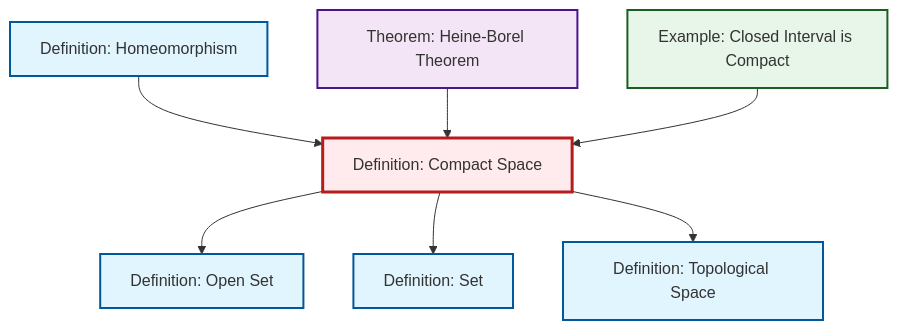
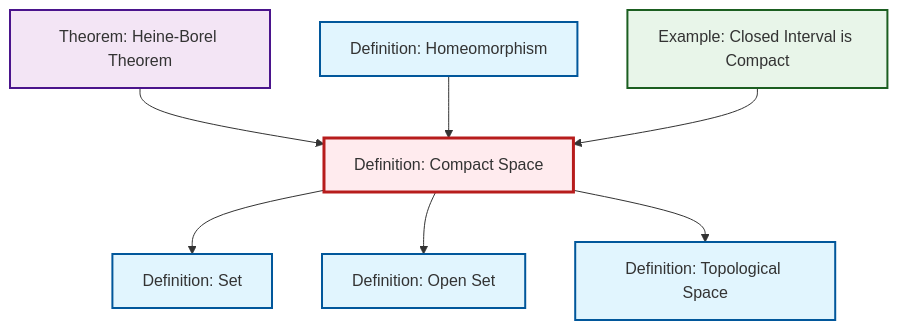
The diagram in content/ja/topology/def-compact.qmd (RK0429/ModernMath), drawn with Mermaid before and after one commit. The commit also changed other lines of this file and 554 other files, not shown here.

````diff
--- a/content/ja/topology/def-compact.qmd
+++ b/content/ja/topology/def-compact.qmd
@@ -49,29 +49,29 @@
 ```{mermaid}
 %%| fig-cap: "Local dependency graph"
 graph TD
     classDef definition fill:#e1f5fe,stroke:#01579b,stroke-width:2px
     classDef theorem fill:#f3e5f5,stroke:#4a148c,stroke-width:2px
     classDef axiom fill:#fff3e0,stroke:#e65100,stroke-width:2px
     classDef example fill:#e8f5e9,stroke:#1b5e20,stroke-width:2px
     classDef current fill:#ffebee,stroke:#b71c1c,stroke-width:3px
+    thm-heine-borel["Theorem: Heine-Borel Theorem"]:::theorem
+    def-compact["Definition: Compact Space"]:::definition
+    def-open-set["Definition: Open Set"]:::definition
+    def-topological-space["Definition: Topological Space"]:::definition
     def-set["Definition: Set"]:::definition
     def-homeomorphism["Definition: Homeomorphism"]:::definition
-    def-compact["Definition: Compact Space"]:::definition
-    def-topological-space["Definition: Topological Space"]:::definition
     ex-closed-interval-compact["Example: Closed Interval is Compact"]:::example
-    def-open-set["Definition: Open Set"]:::definition
-    thm-heine-borel["Theorem: Heine-Borel Theorem"]:::theorem
+    def-compact --> def-set
     def-compact --> def-open-set
+    thm-heine-borel --> def-compact
     def-homeomorphism --> def-compact
-    thm-heine-borel --> def-compact
-    def-compact --> def-set
+    def-compact --> def-topological-space
     ex-closed-interval-compact --> def-compact
-    def-compact --> def-topological-space
     class def-compact current
+    click thm-heine-borel "thm-heine-borel.html" "Theorem: Heine-Borel Theoremへ"
+    click def-open-set "def-open-set.html" "Definition: Open Setへ"
+    click def-topological-space "def-topological-space.html" "Definition: Topological Spaceへ"
     click def-set "def-set.html" "Definition: Setへ"
     click def-homeomorphism "def-homeomorphism.html" "Definition: Homeomorphismへ"
-    click def-topological-space "def-topological-space.html" "Definition: Topological Spaceへ"
     click ex-closed-interval-compact "ex-closed-interval-compact.html" "Example: Closed Interval is Compactへ"
-    click def-open-set "def-open-set.html" "Definition: Open Setへ"
-    click thm-heine-borel "thm-heine-borel.html" "Theorem: Heine-Borel Theoremへ"
 ```
````
